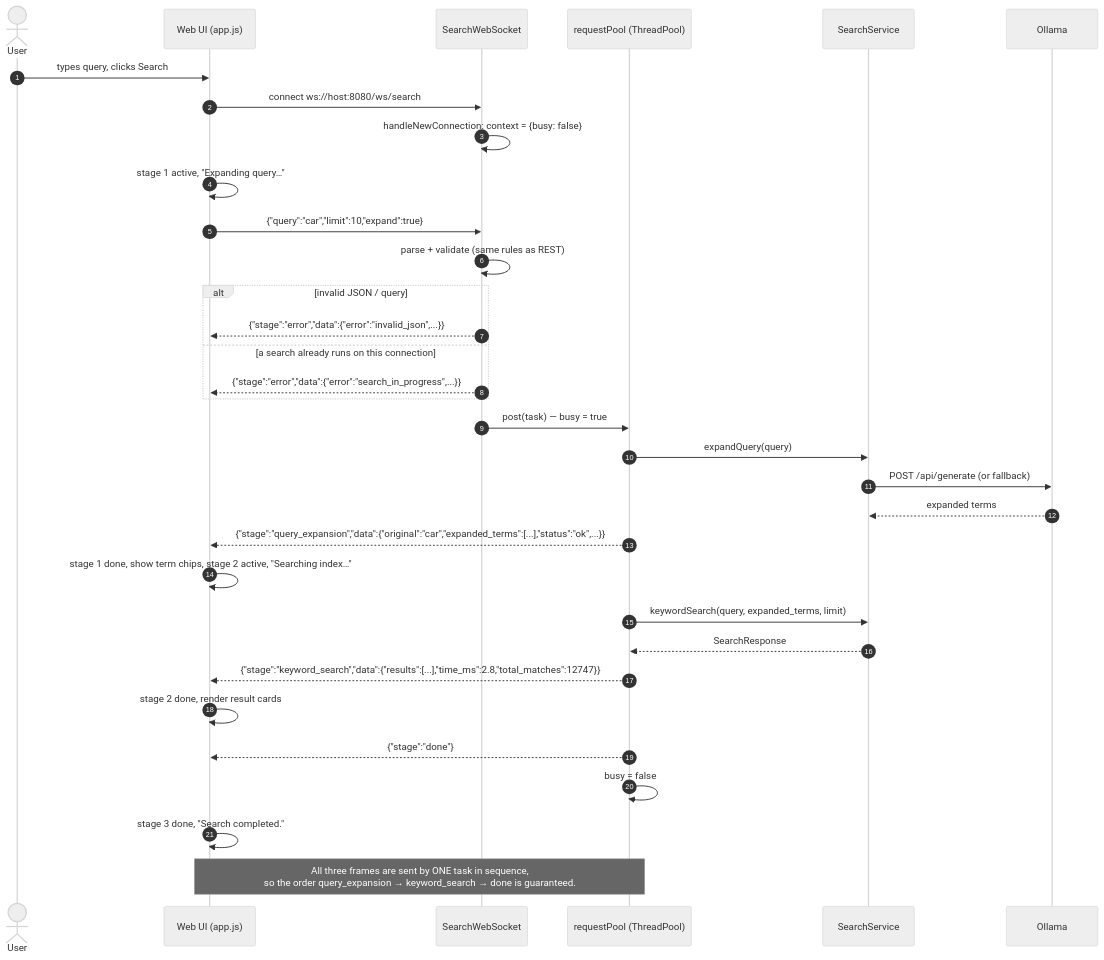
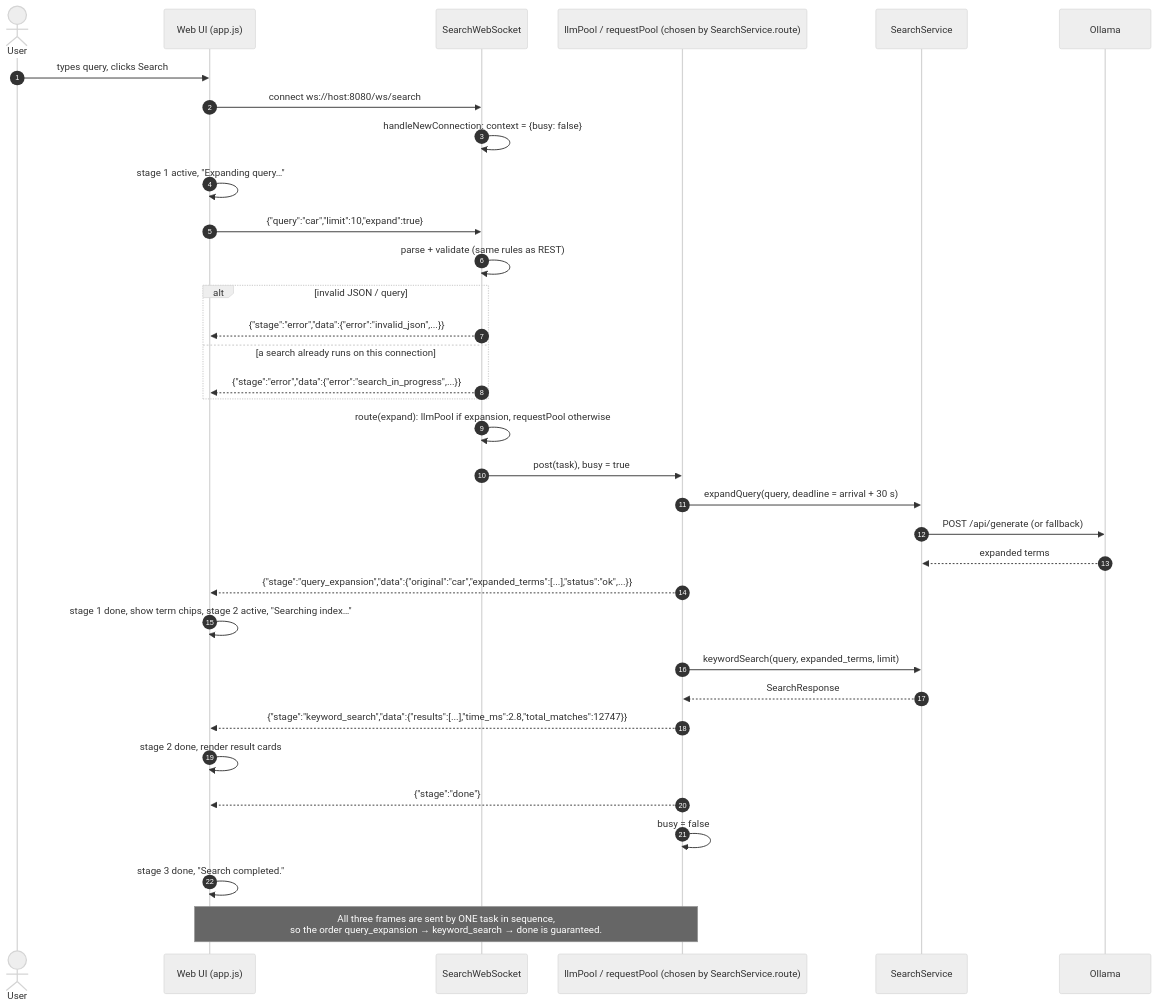
One commit to riki1337228/course_work_parallel_computing changed the diagram in docs/uml/seq_websocket.mmd. Above: the diagram before and after it, drawn with Mermaid (neutral theme). The commit also changed 12 other files, not shown here.

Commit message:
docs(uml): add CLI and benchmark sequence diagrams, update for LLM bulkhead

```diff
--- a/docs/uml/seq_websocket.mmd
+++ b/docs/uml/seq_websocket.mmd
@@ -1,35 +1,36 @@
 %% Sequence: WebSocket /ws/search used by the Web UI
 sequenceDiagram
     autonumber
     actor U as User
     participant UI as Web UI (app.js)
     participant WS as SearchWebSocket
-    participant RP as requestPool (ThreadPool)
+    participant RP as llmPool / requestPool (chosen by SearchService.route)
     participant SS as SearchService
     participant O as Ollama
 
     U->>UI: types query, clicks Search
     UI->>WS: connect ws://host:8080/ws/search
     WS->>WS: handleNewConnection: context = {busy: false}
     UI->>UI: stage 1 active, "Expanding query…"
     UI->>WS: {"query":"car","limit":10,"expand":true}
     WS->>WS: parse + validate (same rules as REST)
     alt invalid JSON / query
         WS-->>UI: {"stage":"error","data":{"error":"invalid_json",...}}
     else a search already runs on this connection
         WS-->>UI: {"stage":"error","data":{"error":"search_in_progress",...}}
     end
-    WS->>RP: post(task) — busy = true
-    RP->>SS: expandQuery(query)
+    WS->>WS: route(expand): llmPool if expansion, requestPool otherwise
+    WS->>RP: post(task), busy = true
+    RP->>SS: expandQuery(query, deadline = arrival + 30 s)
     SS->>O: POST /api/generate (or fallback)
     O-->>SS: expanded terms
     RP-->>UI: {"stage":"query_expansion","data":{"original":"car","expanded_terms":[...],"status":"ok",...}}
     UI->>UI: stage 1 done, show term chips, stage 2 active, "Searching index…"
     RP->>SS: keywordSearch(query, expanded_terms, limit)
     SS-->>RP: SearchResponse
     RP-->>UI: {"stage":"keyword_search","data":{"results":[...],"time_ms":2.8,"total_matches":12747}}
     UI->>UI: stage 2 done, render result cards
     RP-->>UI: {"stage":"done"}
     RP->>RP: busy = false
     UI->>UI: stage 3 done, "Search completed."
     Note over RP,UI: All three frames are sent by ONE task in sequence,<br/>so the order query_expansion → keyword_search → done is guaranteed.
```
